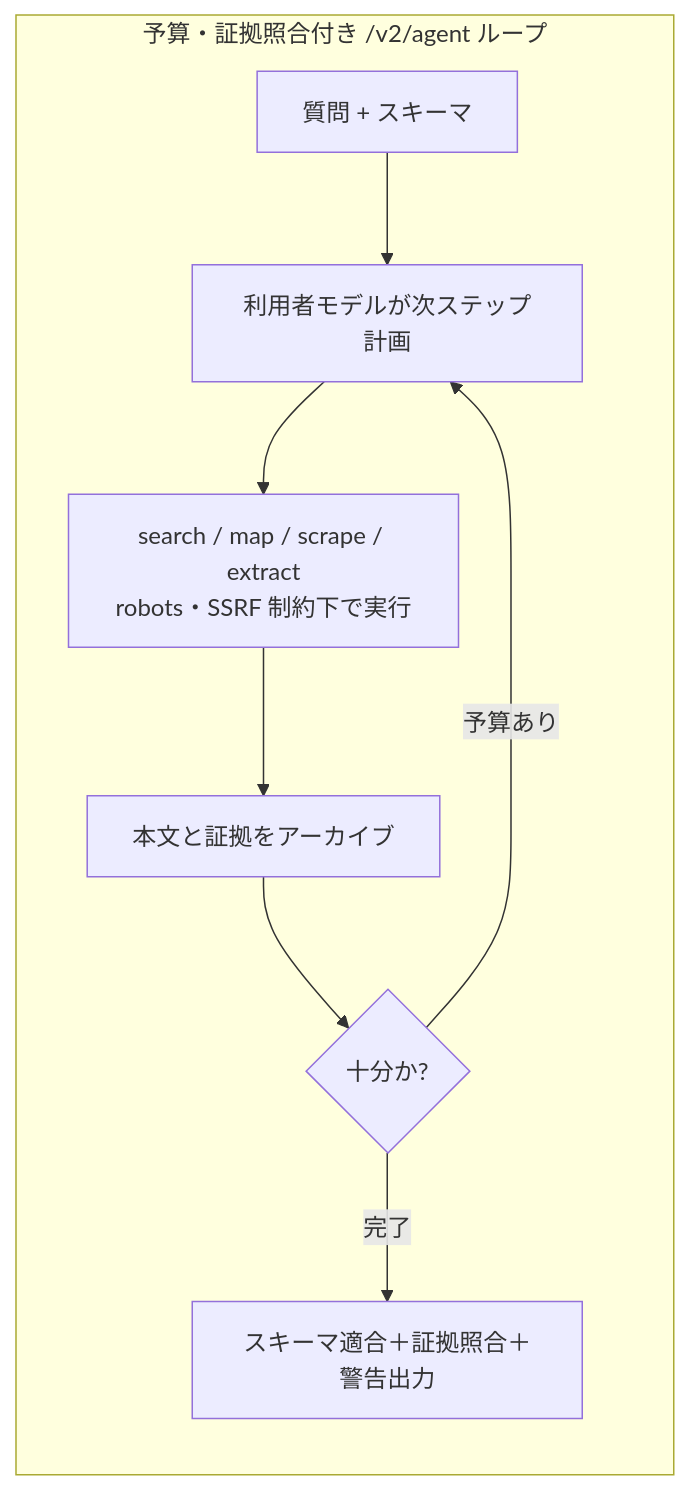
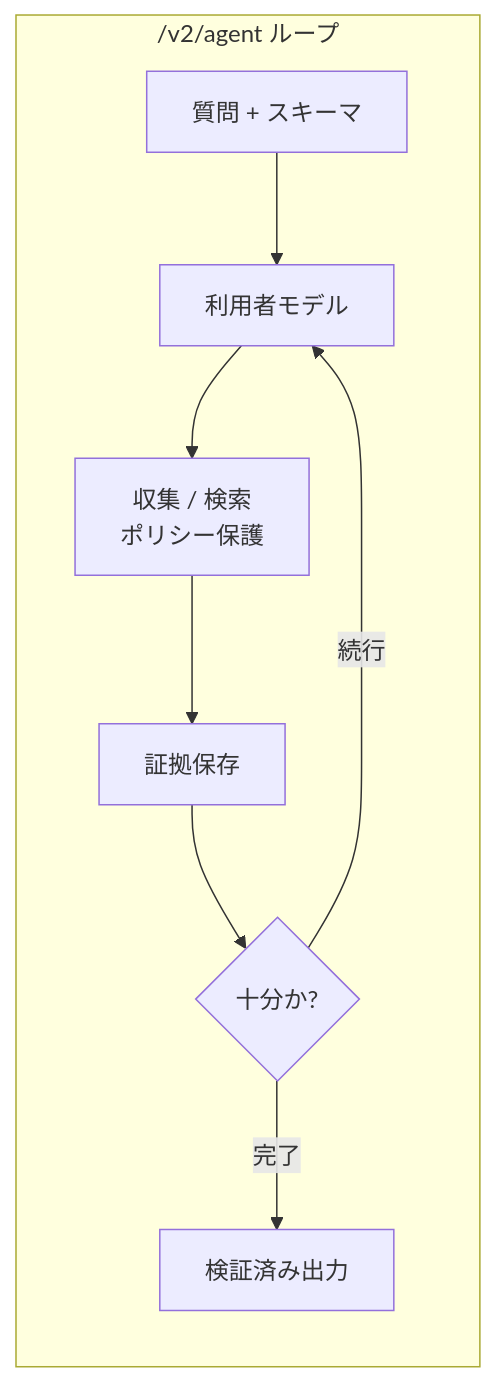
The third of 4 diagrams in docs/README.ja.md (YOLOW92/pagesift), drawn with Mermaid before and after one commit. The commit also changed other lines of this file and 104 other files, not shown here.

````diff
--- a/docs/README.ja.md
+++ b/docs/README.ja.md
@@ -197,11 +180,11 @@
 ```mermaid
 flowchart LR
-    subgraph Agent["予算・証拠照合付き /v2/agent ループ"]
-        Q[質問 + スキーマ] --> M[利用者モデルが次ステップ計画]
-        M --> T[search / map / scrape / extract<br/>robots・SSRF 制約下で実行]
-        T --> Ev[本文と証拠をアーカイブ]
-        Ev --> Check{十分か?}
-        Check -->|予算あり| M
-        Check -->|完了| Verify[スキーマ適合＋証拠照合＋警告出力]
+    subgraph Agent["/v2/agent ループ"]
+        Q["質問 + スキーマ"] --> M["利用者モデル"]
+        M --> T["収集 / 検索<br/>ポリシー保護"]
+        T --> Ev["証拠保存"]
+        Ev --> Check{"十分か?"}
+        Check -->|続行| M
+        Check -->|完了| Verify["検証済み出力"]
     end
 ```
````
